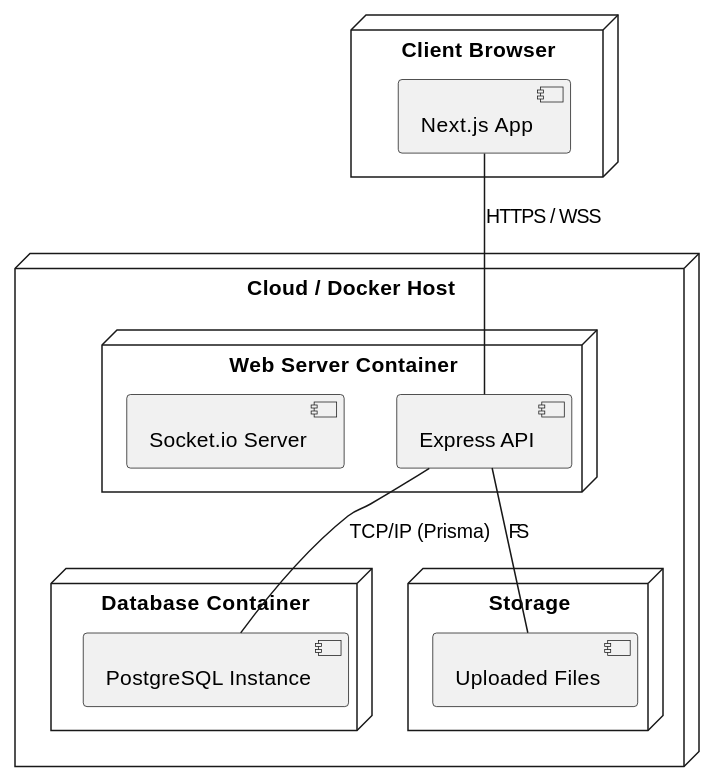
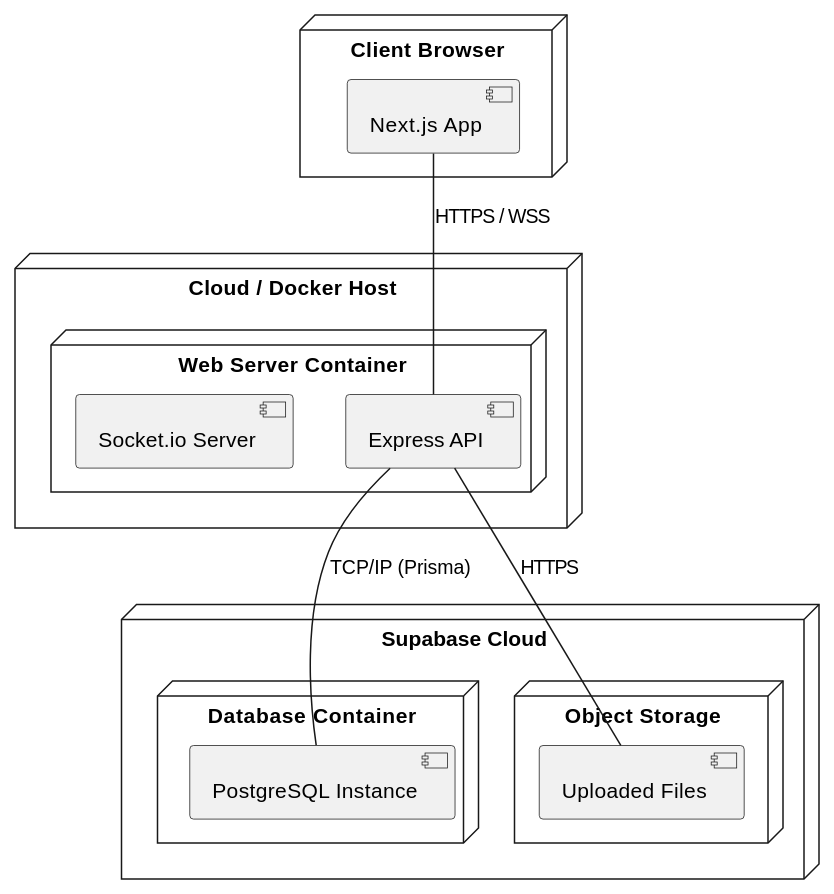
One commit to BleakRed/notion-clone-project changed the seventh of 8 diagrams in Document.md. Above: the diagram before and after it, drawn with PlantUML. The commit also changed other lines of this file and 11 other files, not shown here.

````diff
--- a/Document.md
+++ b/Document.md
@@ -198,26 +203,28 @@
 ```plantuml
 @startuml
 node "Client Browser" {
   [Next.js App]
 }
 
 node "Cloud / Docker Host" {
   node "Web Server Container" {
     [Express API]
     [Socket.io Server]
   }
-  
+}
+
+node "Supabase Cloud" {
   node "Database Container" {
     [PostgreSQL Instance]
   }
   
-  node "Storage" {
+  node "Object Storage" {
     [Uploaded Files]
   }
 }
 
 [Next.js App] -- [Express API] : HTTPS / WSS
 [Express API] -- [PostgreSQL Instance] : TCP/IP (Prisma)
-[Express API] -- [Uploaded Files] : FS
+[Express API] -- [Uploaded Files] : HTTPS
 @enduml
 ```
````
